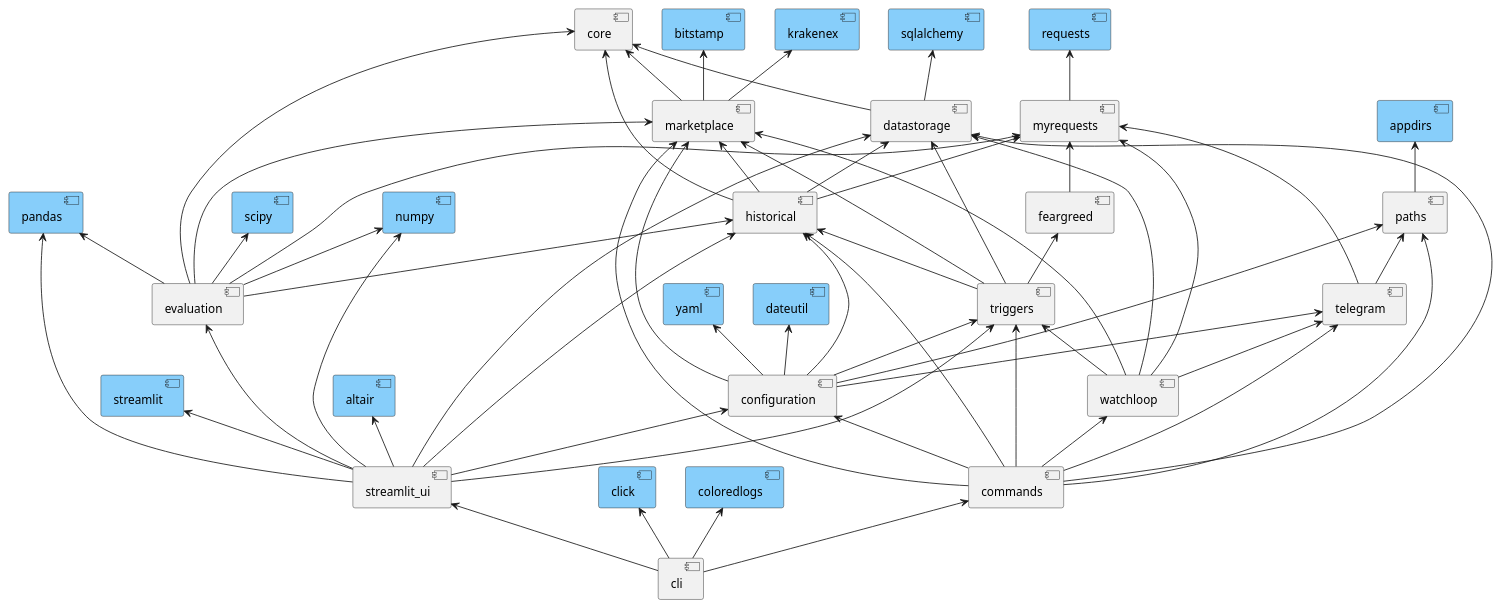
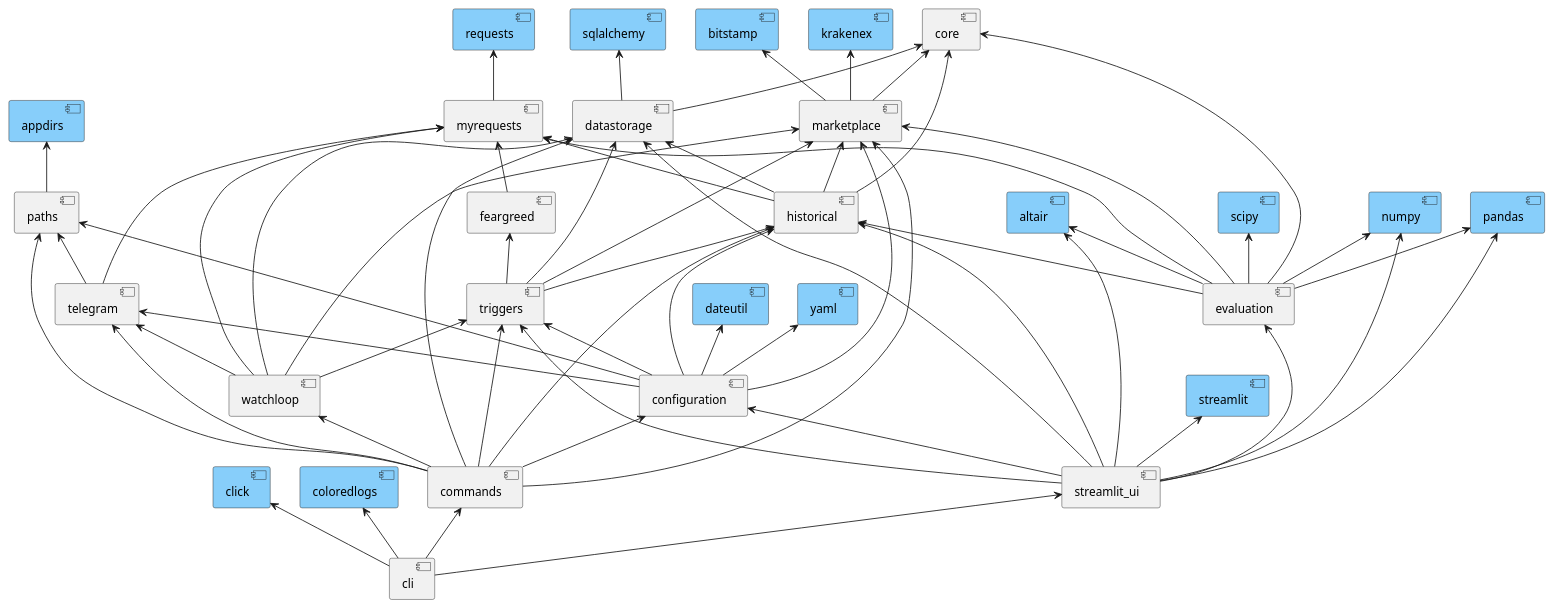
The diagram in docs/dev/graphs/_components.puml (martin-ueding/vigilant-crypto-snatch), drawn with PlantUML before and after one commit. The commit also changed 4 other files, not shown here.

Commit message:
Add test for chart

```diff
--- a/docs/dev/graphs/_components.puml
+++ b/docs/dev/graphs/_components.puml
@@ -1,106 +1,107 @@
 @startuml
 
 component altair #lightskyblue
 component appdirs #lightskyblue
 component bitstamp #lightskyblue
 component click #lightskyblue
 component coloredlogs #lightskyblue
 component dateutil #lightskyblue
 component krakenex #lightskyblue
 component numpy #lightskyblue
 component pandas #lightskyblue
 component requests #lightskyblue
 component scipy #lightskyblue
 component sqlalchemy #lightskyblue
 component streamlit #lightskyblue
 component yaml #lightskyblue
 
 component cli
 component commands
 component configuration
 component core
 component datastorage
 component evaluation
 component feargreed
 component historical
 component marketplace
 component myrequests
 component paths
 component streamlit_ui
 component telegram
 component triggers
 component watchloop
 
 coloredlogs <-- cli
 commands <-- cli
 streamlit_ui <-- cli
 click <-- cli
 
 configuration <-- commands
 datastorage <-- commands
 historical <-- commands
 marketplace <-- commands
 paths <-- commands
 telegram <-- commands
 triggers <-- commands
 watchloop <-- commands
 
 dateutil <-- configuration
 historical <-- configuration
 marketplace <-- configuration
 paths <-- configuration
 telegram <-- configuration
 triggers <-- configuration
 yaml <-- configuration
 
 core <-- datastorage
 sqlalchemy <-- datastorage
 
 core <-- evaluation
 historical <-- evaluation
 marketplace <-- evaluation
 myrequests <-- evaluation
 numpy <-- evaluation
 pandas <-- evaluation
 scipy <-- evaluation
+altair <-- evaluation
 
 myrequests <-- feargreed
 
 core <-- historical
 datastorage <-- historical
 marketplace <-- historical
 myrequests <-- historical
 
 bitstamp <-- marketplace
 core <-- marketplace
 krakenex <-- marketplace
 
 requests <-- myrequests
 
 appdirs <-- paths
 
 altair <-- streamlit_ui
 evaluation <-- streamlit_ui
 configuration <-- streamlit_ui
 datastorage <-- streamlit_ui
 historical <-- streamlit_ui
 triggers <-- streamlit_ui
 streamlit <-- streamlit_ui
 numpy <-- streamlit_ui
 pandas <-- streamlit_ui
 
 myrequests <-- telegram
 paths <-- telegram
 
 datastorage <-- triggers
 feargreed <-- triggers
 historical <-- triggers
 marketplace <-- triggers
 
 datastorage <-- watchloop
 marketplace <-- watchloop
 myrequests <-- watchloop
 telegram <-- watchloop
 triggers <-- watchloop
 
 @enduml
```
